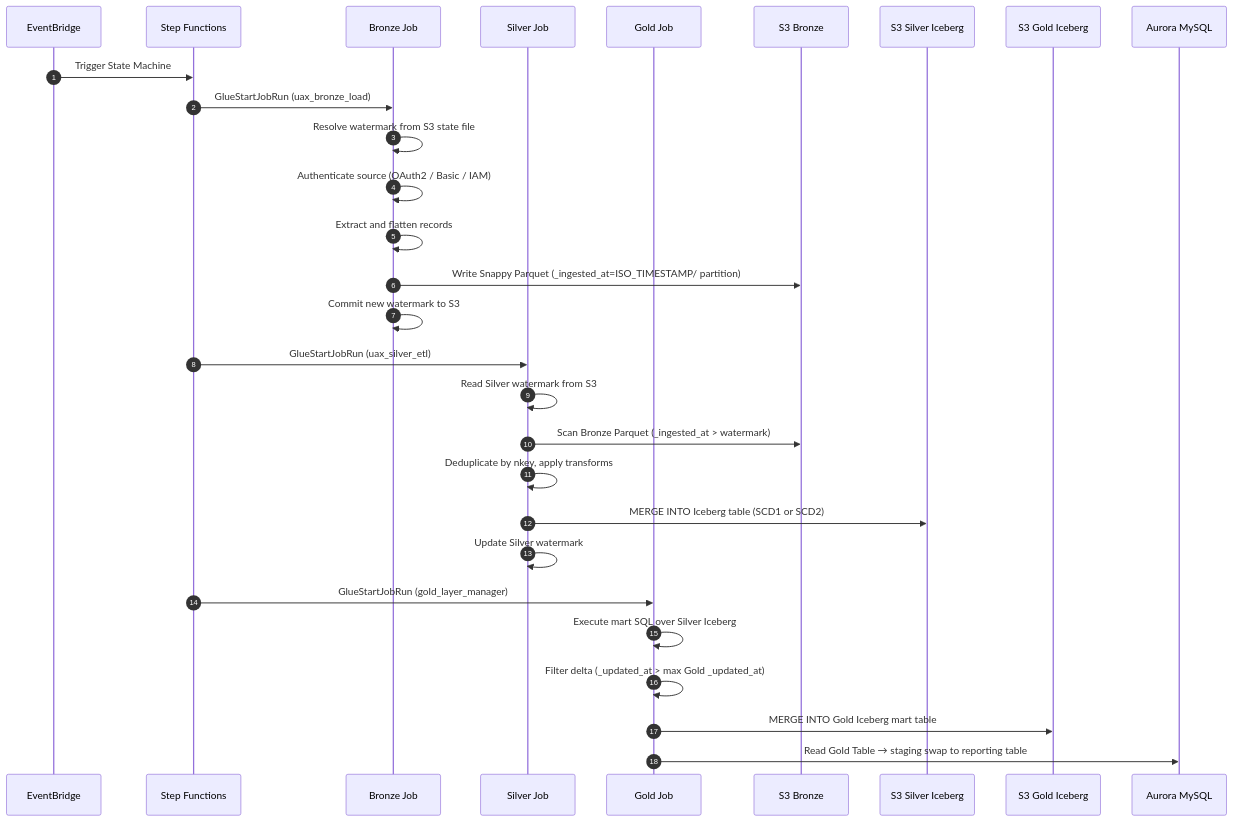
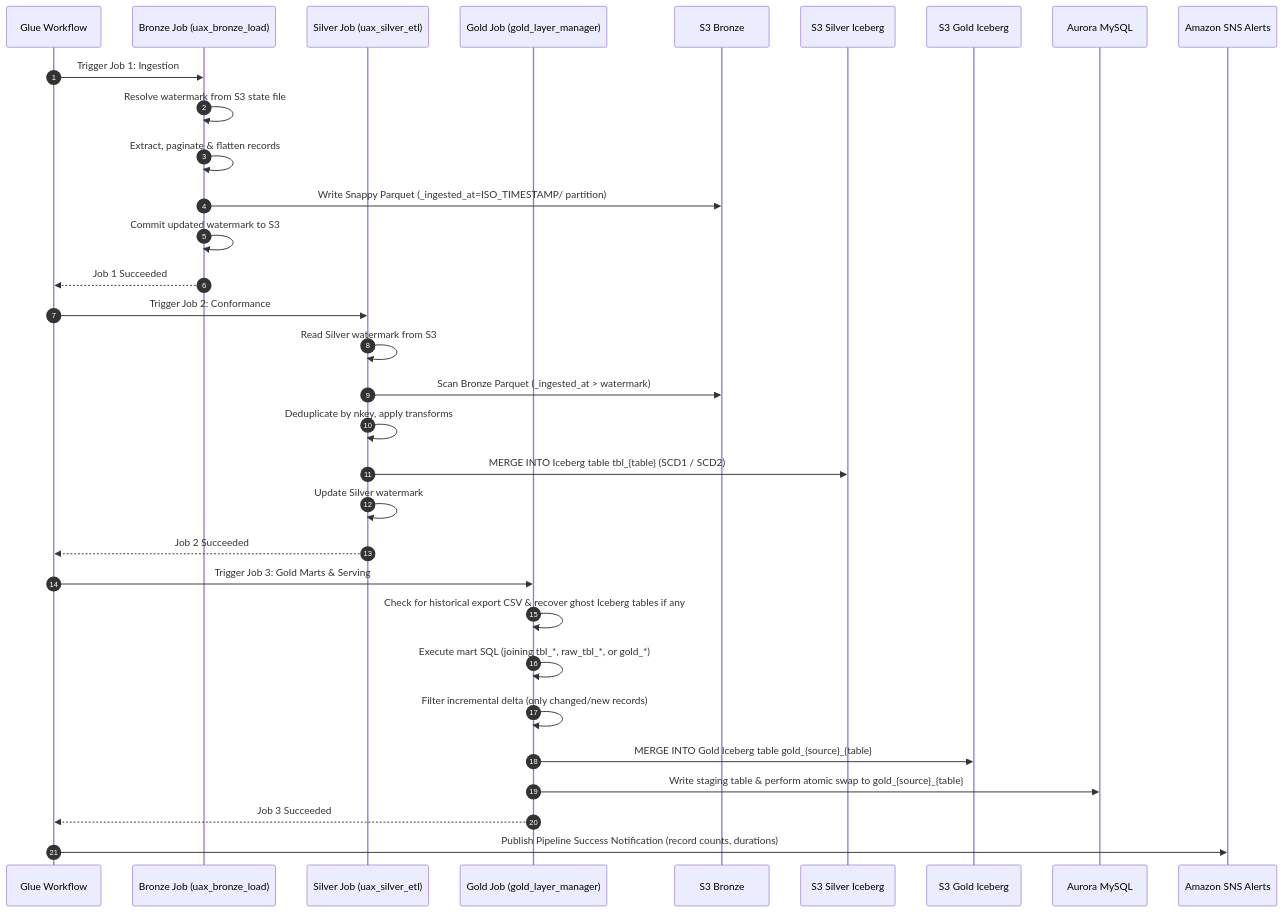
One commit to Nilkamal-m/Data-pipeline changed the second of 2 diagrams in docs/ARCHITECTURE.md. Above: the diagram before and after it, drawn with Mermaid. The commit also changed other lines of this file and 7 other files, not shown here.

Commit message:
docs: synchronize documentation suite for AWS Glue Workflow sequential 3-job orchestration and SNS alerting

````diff
--- a/docs/ARCHITECTURE.md
+++ b/docs/ARCHITECTURE.md
@@ -131,34 +148,38 @@
 ```mermaid
 sequenceDiagram
     autonumber
-    participant EB as EventBridge
-    participant SF as Step Functions
-    participant BZ as Bronze Job
-    participant SV as Silver Job
-    participant GD as Gold Job
+    participant GWF as Glue Workflow
+    participant BZ as Bronze Job (uax_bronze_load)
+    participant SV as Silver Job (uax_silver_etl)
+    participant GD as Gold Job (gold_layer_manager)
     participant S3B as S3 Bronze
     participant S3S as S3 Silver Iceberg
     participant S3G as S3 Gold Iceberg
     participant AURORA as Aurora MySQL
+    participant SNS as Amazon SNS Alerts
 
-    EB->>SF: Trigger State Machine
-    SF->>BZ: GlueStartJobRun (uax_bronze_load)
+    GWF->>BZ: Trigger Job 1: Ingestion
     BZ->>BZ: Resolve watermark from S3 state file
-    BZ->>BZ: Authenticate source (OAuth2 / Basic / IAM)
-    BZ->>BZ: Extract and flatten records
+    BZ->>BZ: Extract, paginate & flatten records
     BZ->>S3B: Write Snappy Parquet (_ingested_at=ISO_TIMESTAMP/ partition)
-    BZ->>BZ: Commit new watermark to S3
+    BZ->>BZ: Commit updated watermark to S3
+    BZ-->>GWF: Job 1 Succeeded
 
-    SF->>SV: GlueStartJobRun (uax_silver_etl)
+    GWF->>SV: Trigger Job 2: Conformance
     SV->>SV: Read Silver watermark from S3
     SV->>S3B: Scan Bronze Parquet (_ingested_at > watermark)
     SV->>SV: Deduplicate by nkey, apply transforms
-    SV->>S3S: MERGE INTO Iceberg table (SCD1 or SCD2)
+    SV->>S3S: MERGE INTO Iceberg table tbl_{table} (SCD1 / SCD2)
     SV->>SV: Update Silver watermark
+    SV-->>GWF: Job 2 Succeeded
 
-    SF->>GD: GlueStartJobRun (gold_layer_manager)
-    GD->>GD: Execute mart SQL over Silver Iceberg
-    GD->>GD: Filter delta (_updated_at > max Gold _updated_at)
-    GD->>S3G: MERGE INTO Gold Iceberg mart table
-    GD->>AURORA: Read Gold Table → staging swap to reporting table
+    GWF->>GD: Trigger Job 3: Gold Marts & Serving
+    GD->>GD: Check for historical export CSV & recover ghost Iceberg tables if any
+    GD->>GD: Execute mart SQL (joining tbl_*, raw_tbl_*, or gold_*)
+    GD->>GD: Filter incremental delta (only changed/new records)
+    GD->>S3G: MERGE INTO Gold Iceberg table gold_{source}_{table}
+    GD->>AURORA: Write staging table & perform atomic swap to gold_{source}_{table}
+    GD-->>GWF: Job 3 Succeeded
+
+    GWF->>SNS: Publish Pipeline Success Notification (record counts, durations)
 ```
````
